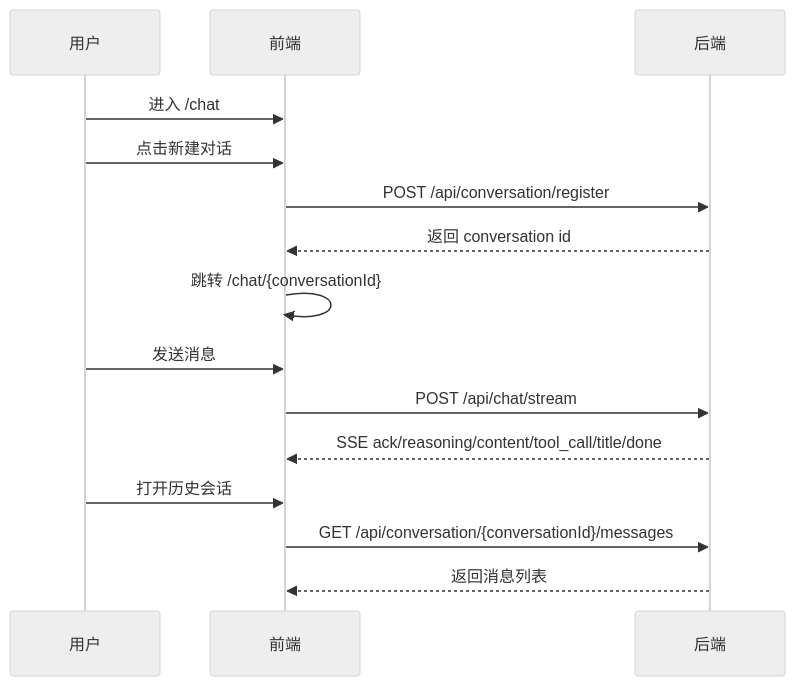
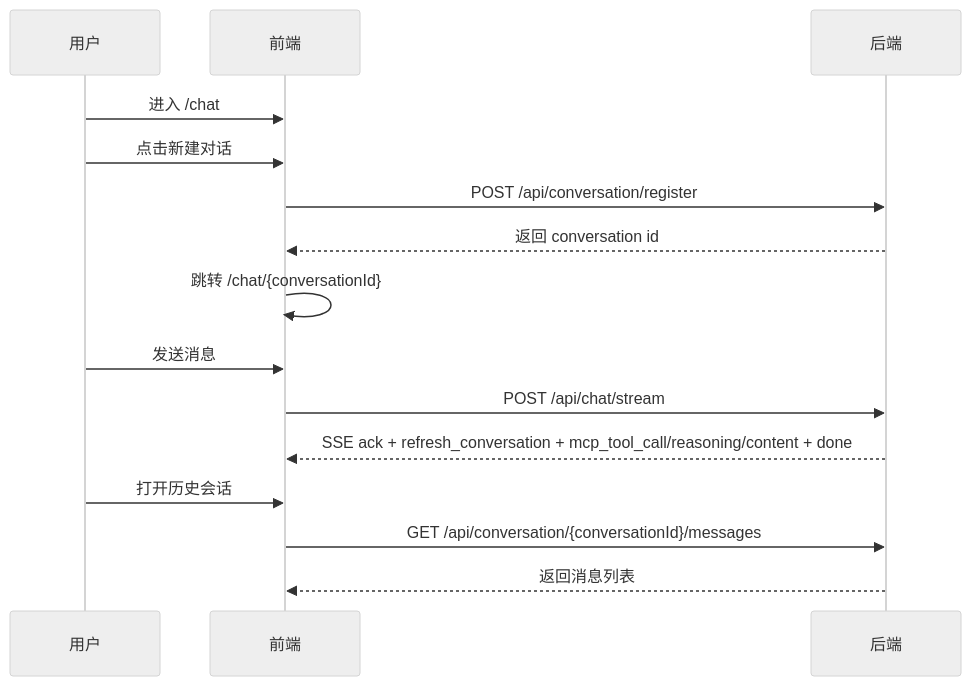
The diagram in frontend/docs/conversation.md (wuhonglei/chat-agent), drawn with Mermaid (neutral theme) before and after one commit. The commit also changed other lines of this file and 4 other files, not shown here.

````diff
--- a/frontend/docs/conversation.md
+++ b/frontend/docs/conversation.md
@@ -33,20 +72,20 @@
 ```mermaid
 sequenceDiagram
     participant U as 用户
     participant FE as 前端
     participant API as 后端
 
     U->>FE: 进入 /chat
     U->>FE: 点击新建对话
     FE->>API: POST /api/conversation/register
     API-->>FE: 返回 conversation id
     FE->>FE: 跳转 /chat/{conversationId}
 
     U->>FE: 发送消息
     FE->>API: POST /api/chat/stream
-    API-->>FE: SSE ack/reasoning/content/tool_call/title/done
+    API-->>FE: SSE ack + refresh_conversation + mcp_tool_call/reasoning/content + done
 
     U->>FE: 打开历史会话
     FE->>API: GET /api/conversation/{conversationId}/messages
     API-->>FE: 返回消息列表
 ```
````
